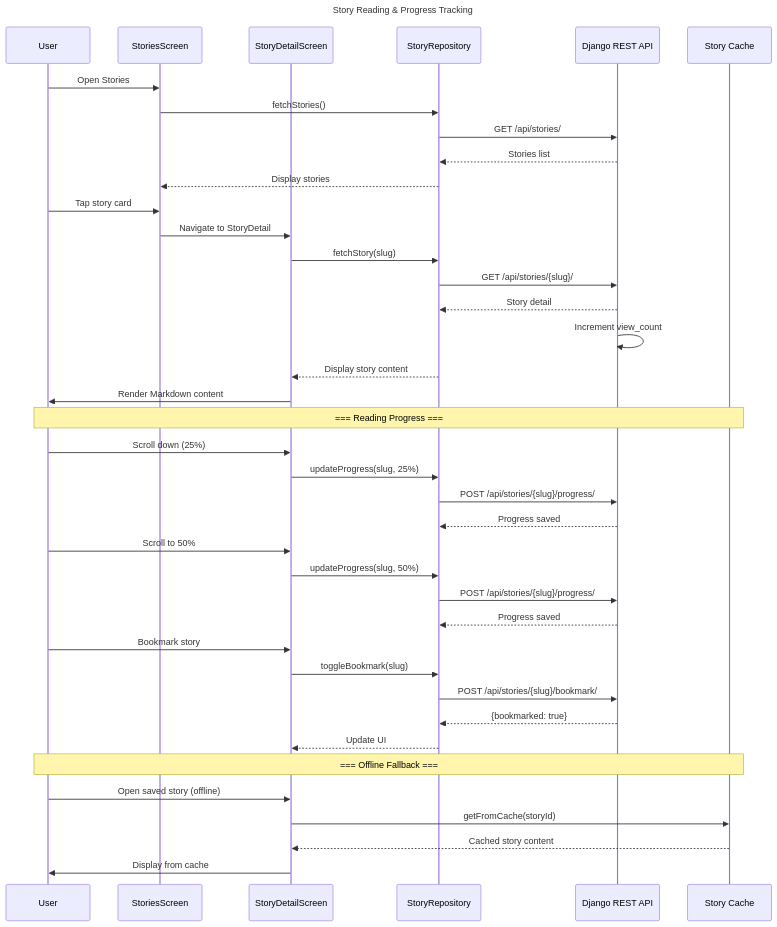
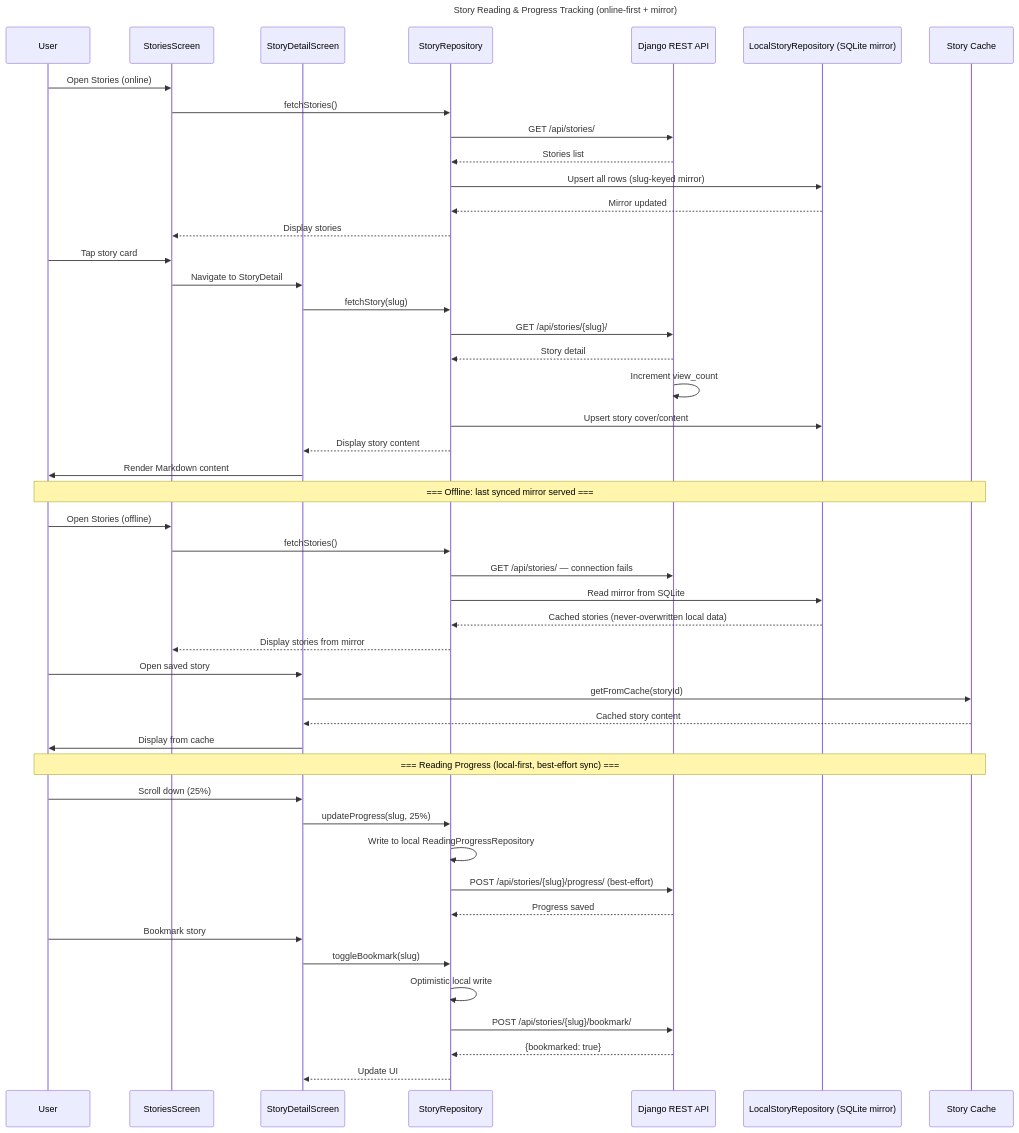
Before and after one commit to fabiljayson/Griot-2.0: the second of 6 diagrams in docs/diagrams/04-sequence-diagram.md, drawn with Mermaid. The commit also changed other lines of this file and 87 other files, not shown here.

````diff
--- a/docs/diagrams/04-sequence-diagram.md
+++ b/docs/diagrams/04-sequence-diagram.md
@@ -65,51 +82,58 @@
 ```mermaid
 sequenceDiagram
-    title Story Reading & Progress Tracking
+    title Story Reading & Progress Tracking (online-first + mirror)
 
     participant U as User
     participant SS as StoriesScreen
     participant SD as StoryDetailScreen
     participant SR as StoryRepository
     participant API as Django REST API
+    participant LSR as LocalStoryRepository (SQLite mirror)
     participant Cache as Story Cache
 
-    U->>SS: Open Stories
+    U->>SS: Open Stories (online)
     SS->>SR: fetchStories()
     SR->>API: GET /api/stories/
     API-->>SR: Stories list
+    SR->>LSR: Upsert all rows (slug-keyed mirror)
+    LSR-->>SR: Mirror updated
     SR-->>SS: Display stories
     U->>SS: Tap story card
 
     SS->>SD: Navigate to StoryDetail
     SD->>SR: fetchStory(slug)
     SR->>API: GET /api/stories/{slug}/
     API-->>SR: Story detail
     API->>API: Increment view_count
+    SR->>LSR: Upsert story cover/content
     SR-->>SD: Display story content
     SD->>U: Render Markdown content
 
-    Note over U,Cache: === Reading Progress ===
+    Note over U,Cache: === Offline: last synced mirror served ===
+
+    U->>SS: Open Stories (offline)
+    SS->>SR: fetchStories()
+    SR->>API: GET /api/stories/ — connection fails
+    SR->>LSR: Read mirror from SQLite
+    LSR-->>SR: Cached stories (never-overwritten local data)
+    SR-->>SS: Display stories from mirror
+    U->>SD: Open saved story
+    SD->>Cache: getFromCache(storyId)
+    Cache-->>SD: Cached story content
+    SD->>U: Display from cache
+
+    Note over U,Cache: === Reading Progress (local-first, best-effort sync) ===
 
     U->>SD: Scroll down (25%)
     SD->>SR: updateProgress(slug, 25%)
-    SR->>API: POST /api/stories/{slug}/progress/
-    API-->>SR: Progress saved
-
-    U->>SD: Scroll to 50%
-    SD->>SR: updateProgress(slug, 50%)
-    SR->>API: POST /api/stories/{slug}/progress/
+    SR->>SR: Write to local ReadingProgressRepository
+    SR->>API: POST /api/stories/{slug}/progress/ (best-effort)
     API-->>SR: Progress saved
 
     U->>SD: Bookmark story
     SD->>SR: toggleBookmark(slug)
+    SR->>SR: Optimistic local write
     SR->>API: POST /api/stories/{slug}/bookmark/
     API-->>SR: {bookmarked: true}
     SR-->>SD: Update UI
-
-    Note over U,Cache: === Offline Fallback ===
-
-    U->>SD: Open saved story (offline)
-    SD->>Cache: getFromCache(storyId)
-    Cache-->>SD: Cached story content
-    SD->>U: Display from cache
 ```
````
